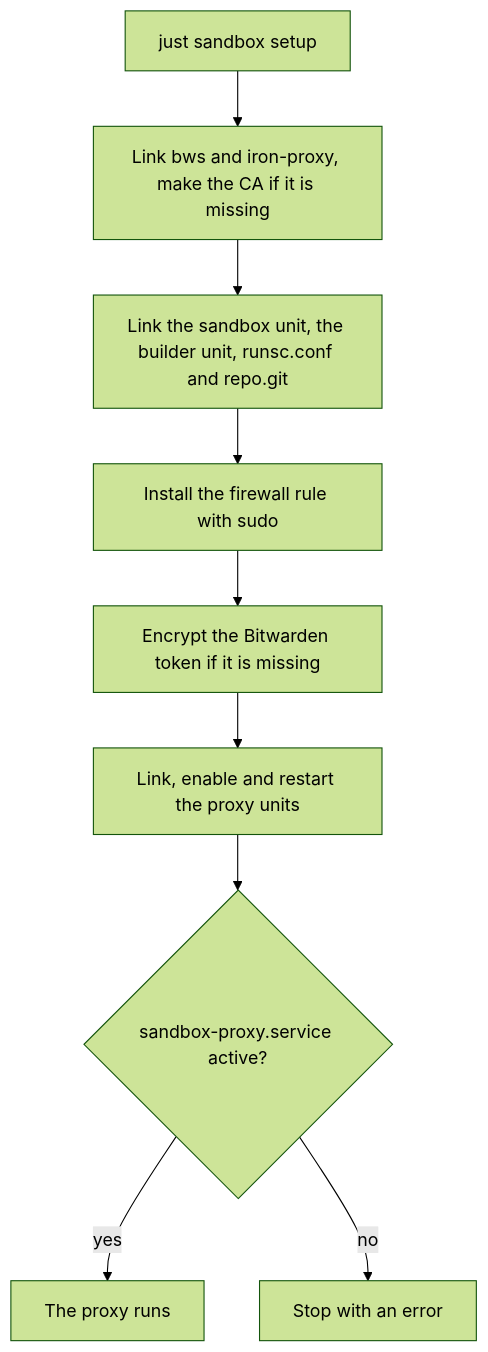
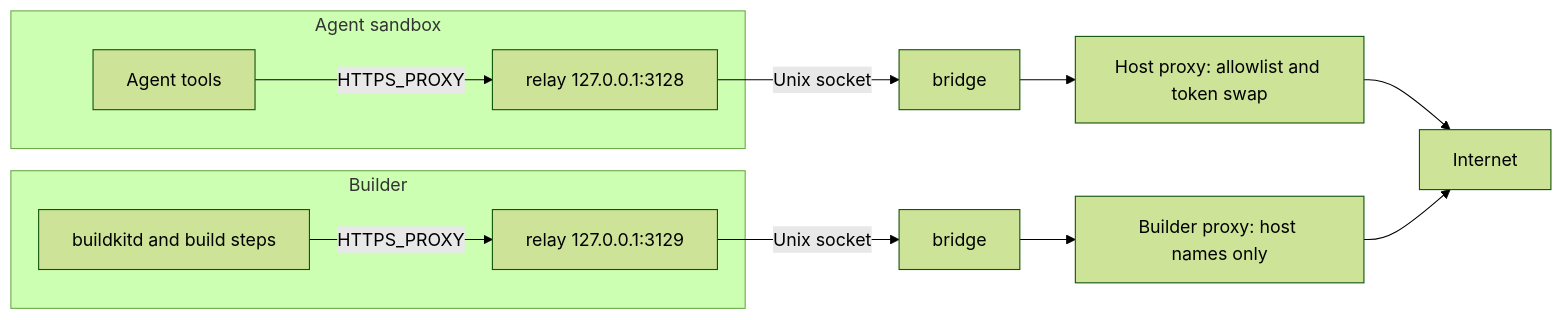
The first of 2 diagrams in .sandbox/README.md (raghav19/engineersdaybook), drawn with Mermaid (forest theme) before and after one commit. The commit also changed other lines of this file and 27 other files, not shown here.

First line of the commit message:
sandbox: build with docker and buildx, push with crane, through a builder proxy (#323)

````diff
--- a/.sandbox/README.md
+++ b/.sandbox/README.md
@@ -111,11 +24,11 @@
 ```mermaid
-flowchart TD
-    A["just sandbox setup"] --> B["Link bws and iron-proxy, make the CA if it is missing"]
-    B --> C["Link the sandbox unit, the builder unit, runsc.conf and repo.git"]
-    C --> D["Install the firewall rule with sudo"]
-    D --> E["Encrypt the Bitwarden token if it is missing"]
-    E --> F["Link, enable and restart the proxy units"]
-    F --> G{"sandbox-proxy.service active?"}
-    G -->|yes| H["The proxy runs"]
-    G -->|no| I["Stop with an error"]
+flowchart LR
+    subgraph AS["Agent sandbox"]
+        T["Agent tools"] -->|HTTPS_PROXY| R1["relay 127.0.0.1:3128"]
+    end
+    subgraph BU["Builder"]
+        B["buildkitd and build steps"] -->|HTTPS_PROXY| R2["relay 127.0.0.1:3129"]
+    end
+    R1 -->|Unix socket| BR1["bridge"] --> HP["Host proxy: allowlist and token swap"] --> NET["Internet"]
+    R2 -->|Unix socket| BR2["bridge"] --> BP["Builder proxy: host names only"] --> NET
 ```
````
